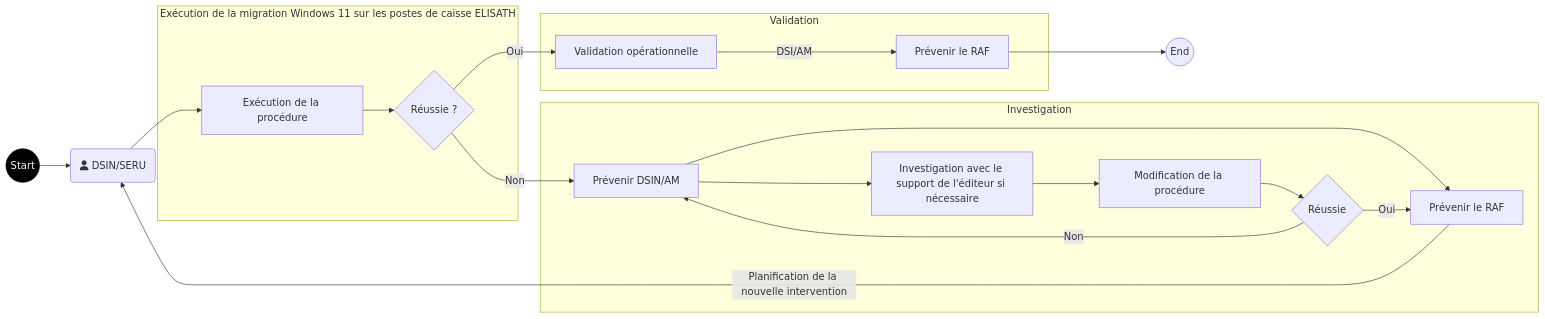
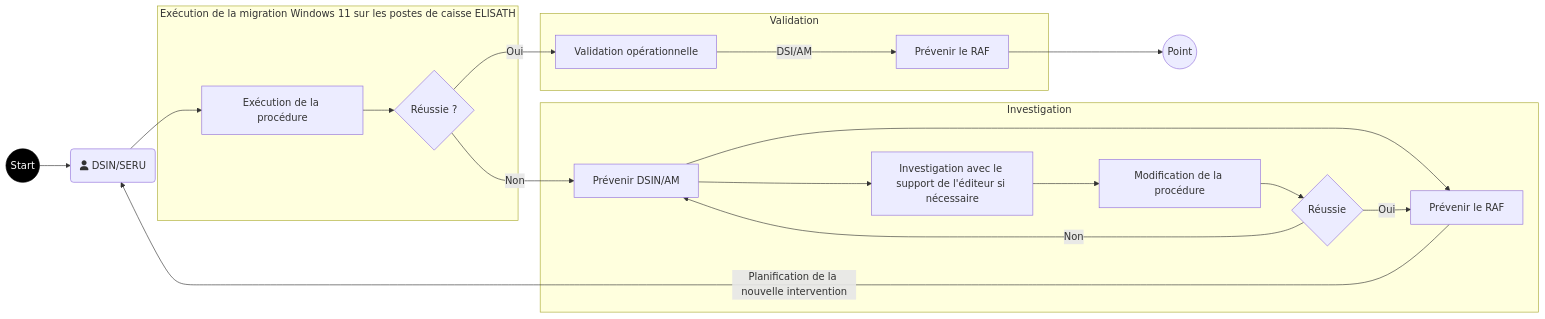
The diagram in all/Flux de validation.md (fdadda/iodraw-files), drawn with Mermaid before and after one commit.

Commit message:
2026-05-12 09:36:42 update

````diff
--- a/all/Flux de validation.md
+++ b/all/Flux de validation.md
@@ -1,28 +1,28 @@
 ```mermaid
 flowchart LR
 
     Point((Start)) --> A
     classDef startStyle fill:#000,stroke:#000,color:#fff
     class Point startStyle
     A(fa:fa-user DSIN/SERU) --> B[Exécution de la procédure]
     subgraph Exécution de la migration Windows 11 sur les postes de caisse ELISATH
     B --> C{Réussie ?}
     end
     subgraph Validation
         C -- Oui --> D[Validation opérationnelle]
         D -- DSI/AM --> J[Prévenir le RAF]
         
     end
-    J --> End((End)) 
+    J --> End((Point)) 
     subgraph Investigation
         C -- Non --> E[Prévenir DSIN/AM]
         E --> F[Prévenir le RAF]
         E --> G[Investigation avec le support de l'éditeur si nécessaire]
         G --> H[Modification de la procédure]
         H --> I{Réussie}
         I -- Oui --> F
         I -- Non --> E
     end
     F -- Planification de la nouvelle intervention --> A
     
 ```
````
